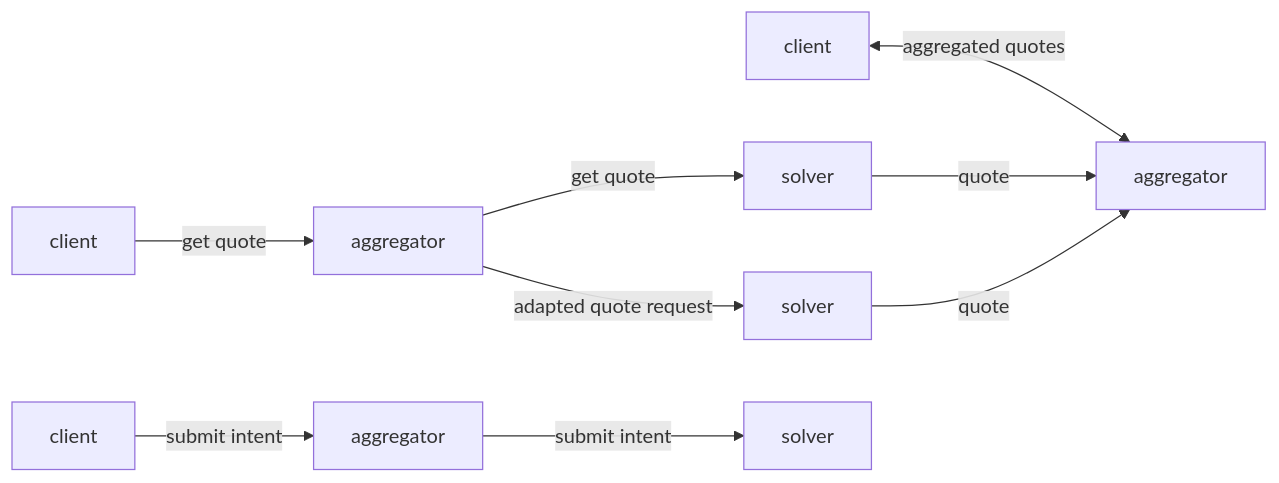
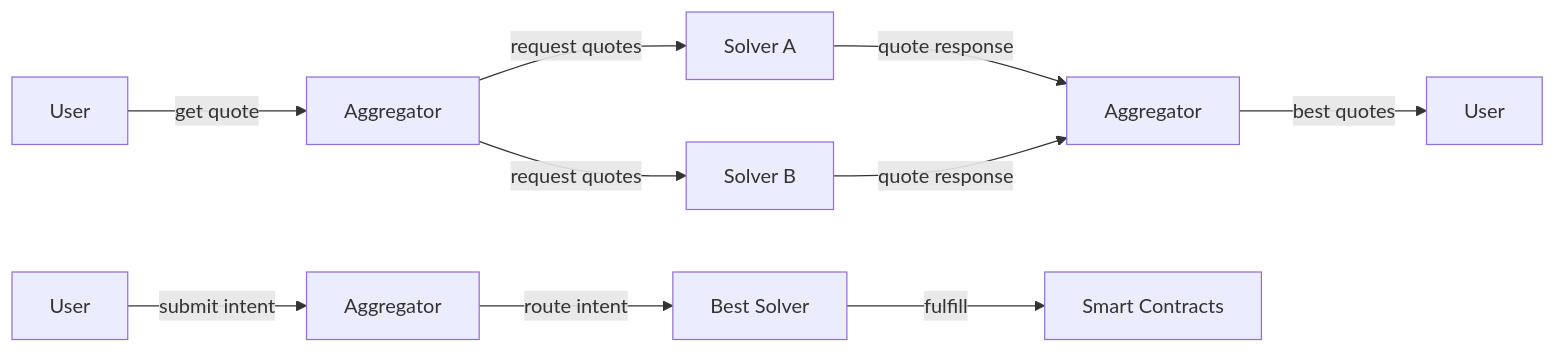
One commit to openintentsframework/oif-docs changed the first of 2 diagrams in content/docs/index.mdx. Above: the diagram before and after it, drawn with Mermaid. The commit also changed other lines of this file and 6 other files, not shown here.

Commit message:
intro + smart contracts docs

````diff
--- a/content/docs/index.mdx
+++ b/content/docs/index.mdx
@@ -10,13 +24,14 @@
 ```mermaid
 flowchart LR
-  client1[client] -->|get quote| agg1[aggregator]
-  agg1 -->|get quote| solver1[solver]
-  agg1 -->|adapted quote request| solver2[solver]
+  client1[User] -->|get quote| agg1[Aggregator]
+  agg1 -->|request quotes| solver1[Solver A]
+  agg1 -->|request quotes| solver2[Solver B]
 
-  client2[client] <-->|aggregated quotes| agg2[aggregator]
-  solver1 -->|quote| agg2
-  solver2 -->|quote| agg2
+  solver1 -->|quote response| agg2[Aggregator]
+  solver2 -->|quote response| agg2
+  agg2 -->|best quotes| client2[User]
 
-  client3[client] -->|submit intent| agg3[aggregator]
-  agg3 -->|submit intent| solver3[solver]
+  client3[User] -->|submit intent| agg3[Aggregator]
+  agg3 -->|route intent| solver3[Best Solver]
+  solver3 -->|fulfill| contracts[Smart Contracts]
 ```
````
